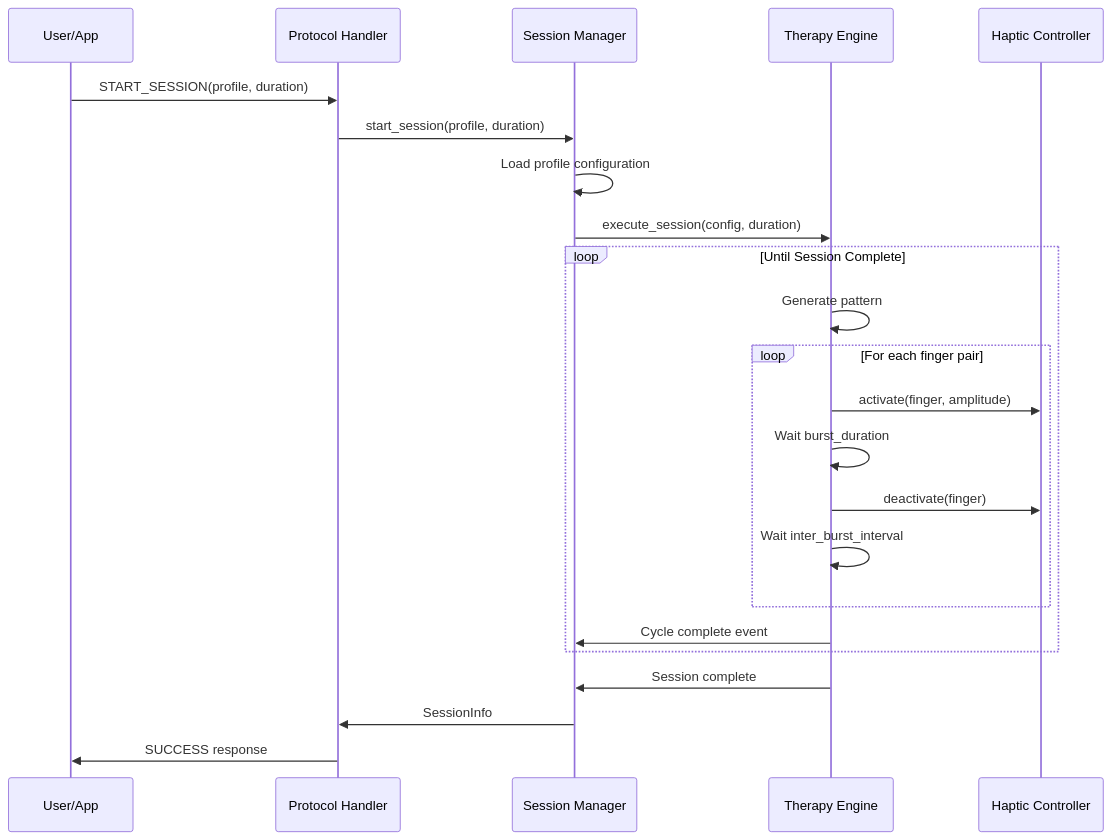
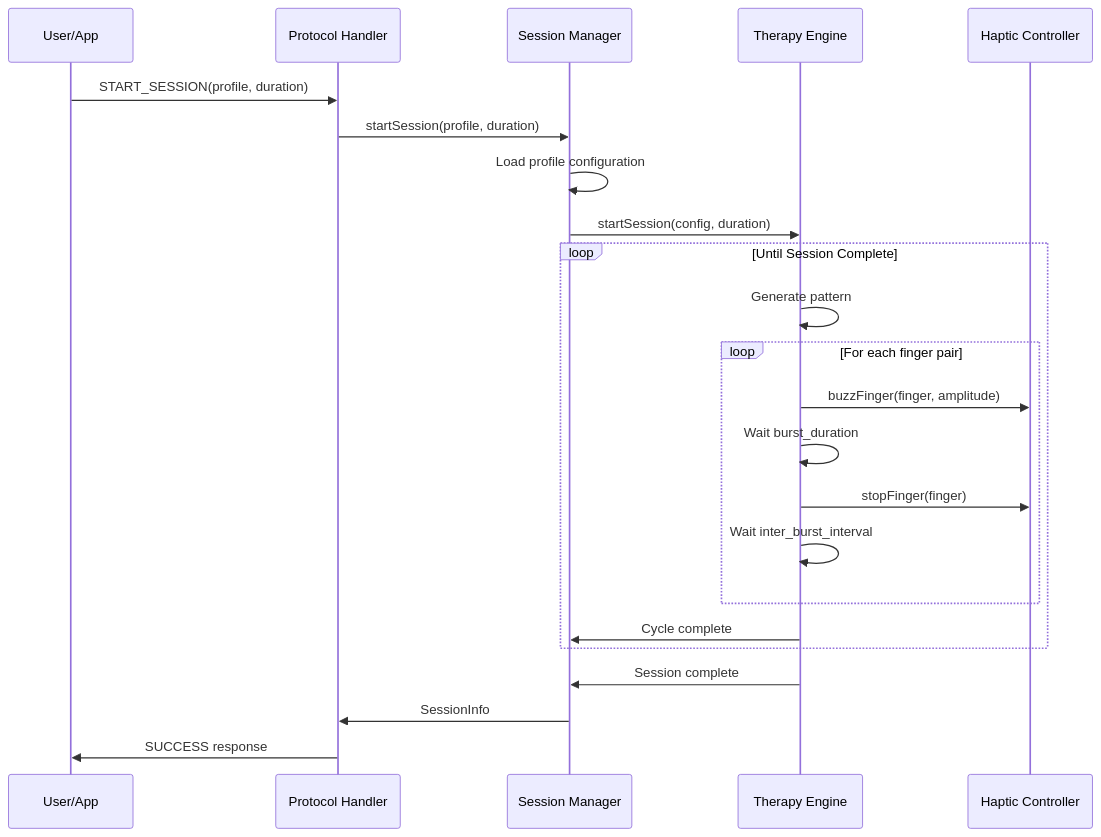
The fourth of 5 diagrams in docs/ARCHITECTURE.md (BlueBuzzah/BlueBuzzah-Firmware), drawn with Mermaid before and after one commit. The commit also changed other lines of this file and 10 other files, not shown here.

Commit message:
Updated all docs to align with new PlatformIO Arduino architecture

````diff
--- a/docs/ARCHITECTURE.md
+++ b/docs/ARCHITECTURE.md
@@ -917,28 +881,28 @@
 ```mermaid
 sequenceDiagram
     participant U as User/App
     participant P as Protocol Handler
     participant SM as Session Manager
     participant TE as Therapy Engine
     participant H as Haptic Controller
 
     U->>P: START_SESSION(profile, duration)
-    P->>SM: start_session(profile, duration)
+    P->>SM: startSession(profile, duration)
     SM->>SM: Load profile configuration
-    SM->>TE: execute_session(config, duration)
+    SM->>TE: startSession(config, duration)
 
     loop Until Session Complete
         TE->>TE: Generate pattern
         loop For each finger pair
-            TE->>H: activate(finger, amplitude)
+            TE->>H: buzzFinger(finger, amplitude)
             TE->>TE: Wait burst_duration
-            TE->>H: deactivate(finger)
+            TE->>H: stopFinger(finger)
             TE->>TE: Wait inter_burst_interval
         end
-        TE->>SM: Cycle complete event
+        TE->>SM: Cycle complete
     end
 
     TE->>SM: Session complete
     SM->>P: SessionInfo
     P->>U: SUCCESS response
 ```
````
